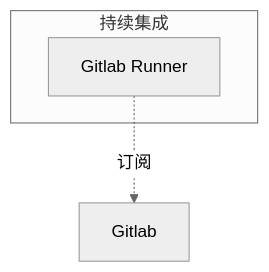
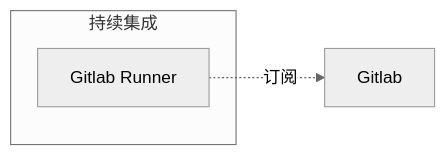
One commit to nanjj/nanjj.github.io changed the second of 2 diagrams in gitlab-ci.org. Above: the diagram before and after it, drawn with Mermaid (neutral theme). The commit also changed other lines of this file and 15 other files, not shown here.

```diff
--- a/gitlab-ci.org
+++ b/gitlab-ci.org
@@ -33,9 +33,9 @@
    #+BEGIN_SRC mermaid :file gitlab-ci.png
-	 graph TD
+	 graph LR
 	 gitlab[Gitlab]
 	 runner[Gitlab Runner]
 	 runner -.订阅.-> gitlab
 	 subgraph 持续集成
 	 runner
 	 end
    #+END_SRC
```
